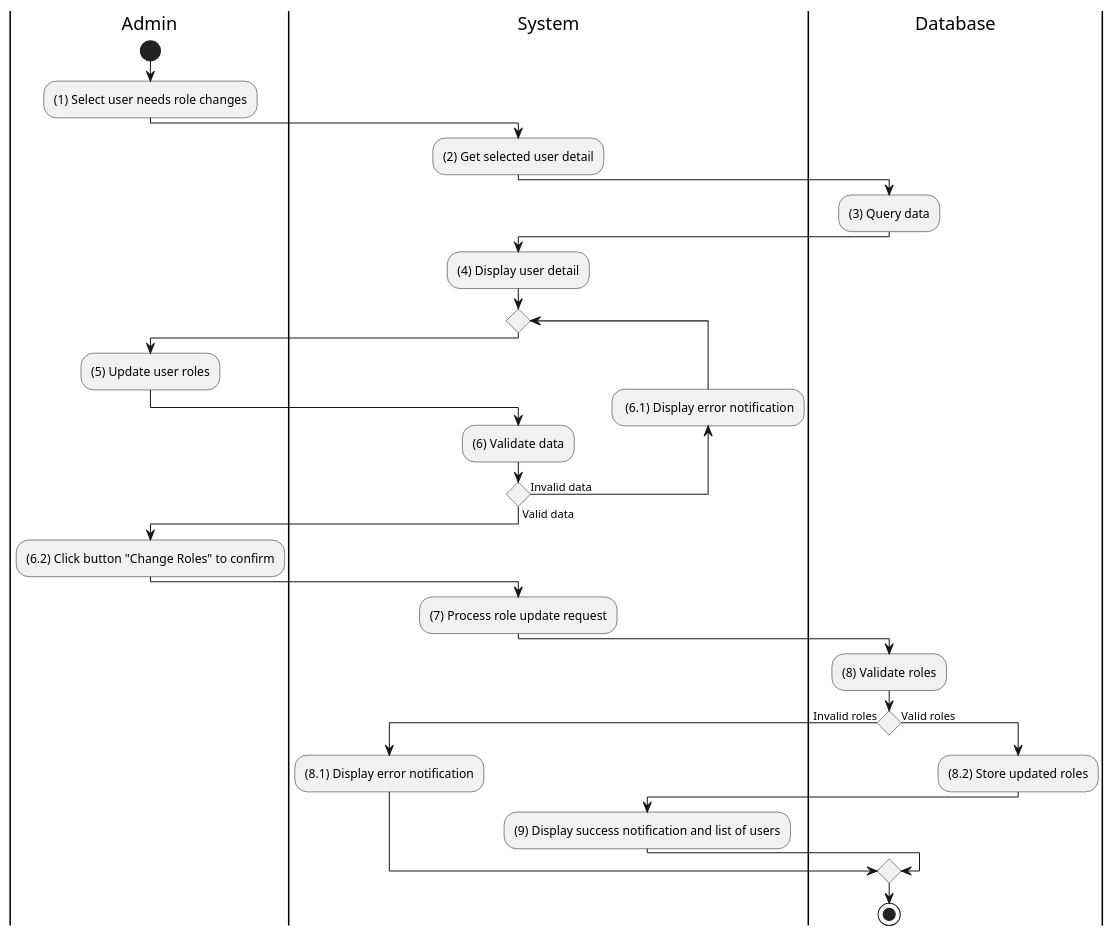
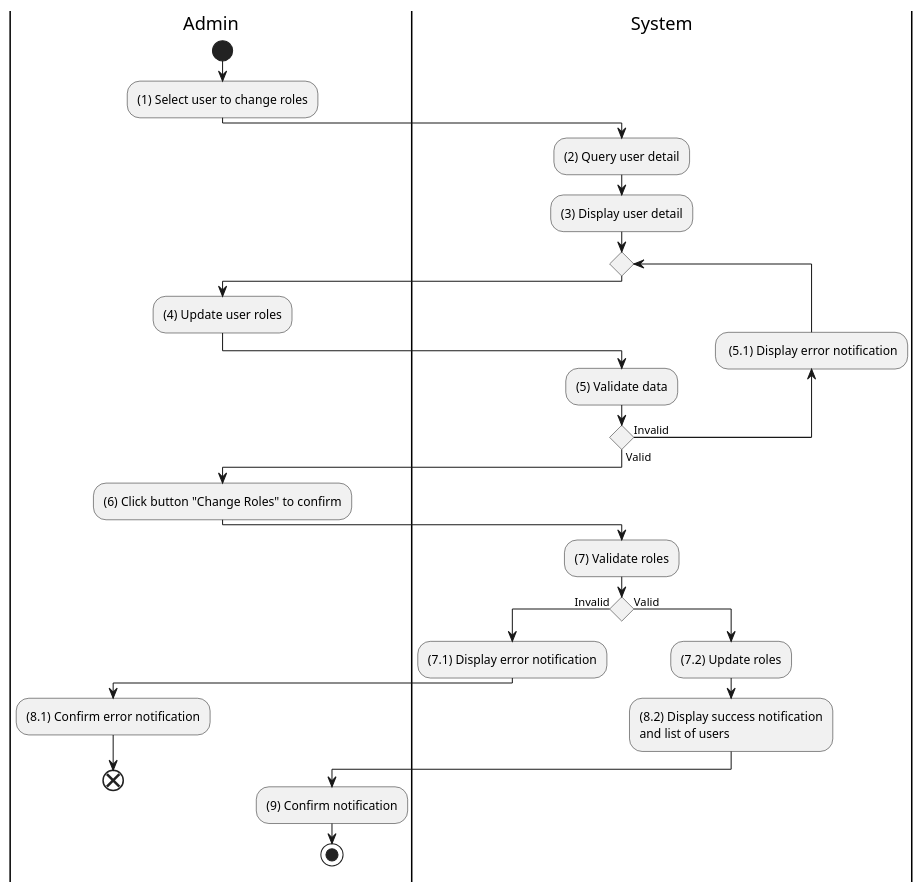
Before and after one commit to electricilies/electricilies.github.io: the diagram in docs/software-docs/activity/manage-user/change-user-roles.md, drawn with PlantUML. The commit also changed 47 other files, not shown here.

````diff
--- a/docs/software-docs/activity/manage-user/change-user-roles.md
+++ b/docs/software-docs/activity/manage-user/change-user-roles.md
@@ -3,42 +3,38 @@
 ```plantuml
 @startuml
 |A|Admin
 |S|System
-|D|Database
 
 |A|
 start
-:(1) Select user needs role changes;
+:(1) Select user to change roles;
 |S|
-:(2) Get selected user detail;
-|D|
-:(3) Query data;
-|S|
-:(4) Display user detail;
+:(2) Query user detail;
+:(3) Display user detail;
 repeat
   |A|
-  :(5) Update user roles;
+  :(4) Update user roles;
   |S|
-  :(6) Validate data;
-backward: (6.1) Display error notification;
-repeat while () is (Invalid data) not (Valid data)
+  :(5) Validate data;
+backward: (5.1) Display error notification;
+repeat while () is (Invalid) not (Valid)
 |A|
-:(6.2) Click button "Change Roles" to confirm;
+:(6) Click button "Change Roles" to confirm;
 |S|
-:(7) Process role update request;
-|D|
-:(8) Validate roles;
-if () then (Invalid roles)
+:(7) Validate roles;
+if () then (Invalid)
+  :(7.1) Display error notification;
+  |A|
+  :(8.1) Confirm error notification;
+  end
+else (Valid)
   |S|
-  :(8.1) Display error notification;
-else (Valid roles)
-  |D|
-  :(8.2) Store updated roles;
-  |S|
-  :(9) Display success notification and list of users;
+  :(7.2) Update roles;
+  :(8.2) Display success notification 
+and list of users;
+  |A|
+  :(9) Confirm notification;
+  stop
 endif
-|D|
-stop
-
 @enduml
 ```
````
